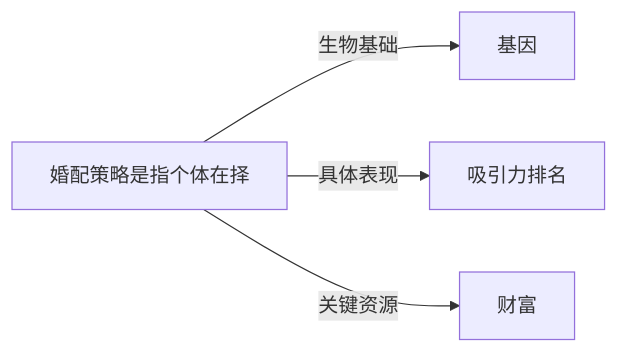
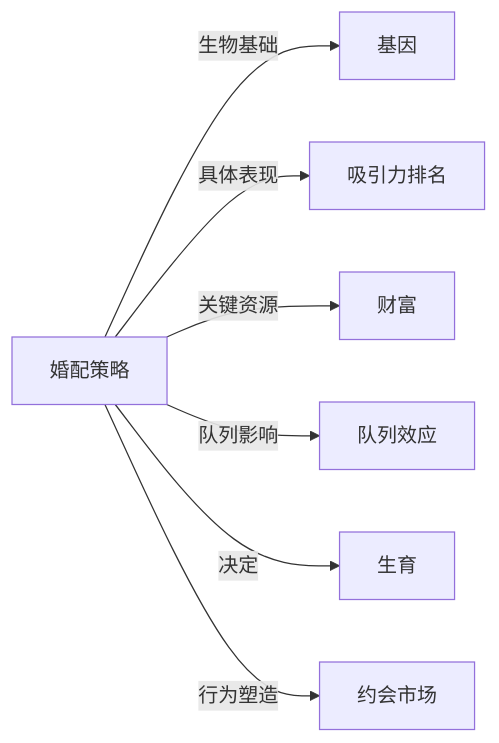
The diagram in Knowledge/Concepts/心理学/婚配策略.md (KIMMCHOW/MyKnowledge), drawn with Mermaid before and after one commit. The commit also changed 96 other files, not shown here.

Commit message:
fix: 修复概念页关系图节点并补齐缺失关联

````diff
--- a/Knowledge/Concepts/心理学/婚配策略.md
+++ b/Knowledge/Concepts/心理学/婚配策略.md
@@ -46,6 +46,9 @@
 ```mermaid
 graph LR
-    婚配策略是指个体在择 -->|生物基础| 基因
-    婚配策略是指个体在择 -->|具体表现| 吸引力排名
-    婚配策略是指个体在择 -->|关键资源| 财富
+婚配策略 -->|生物基础| 基因
+婚配策略 -->|具体表现| 吸引力排名
+婚配策略 -->|关键资源| 财富
+婚配策略 -->|队列影响| 队列效应
+婚配策略 -->|决定| 生育
+婚配策略 -->|行为塑造| 约会市场
 ```
````
